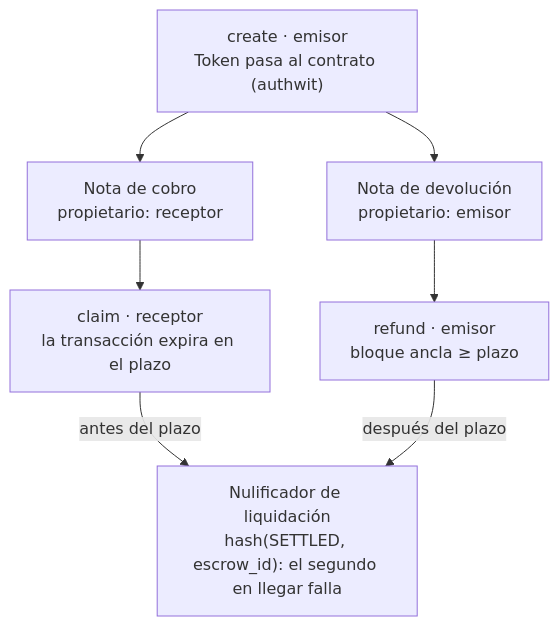
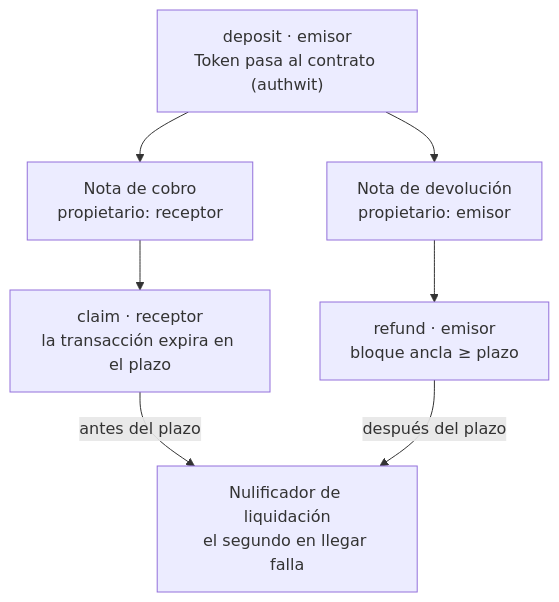
One commit to humanityledger/Humanity-Ledger changed the diagram in docs/zk/MASTER_PROMPT.md. Above: the diagram before and after it, drawn with Mermaid. The commit also changed other lines of this file, not shown here.

Commit message:
docs(zk): master prompt status after the contract review and fixes
Claude-Session: https://claude.ai/code/session_01JYVoptD4Tss7RtmZsDd84C

````diff
--- a/docs/zk/MASTER_PROMPT.md
+++ b/docs/zk/MASTER_PROMPT.md
@@ -180,9 +180,9 @@
 ```mermaid
 flowchart TD
-  C["create · emisor<br/>Token pasa al contrato (authwit)"] --> N1["Nota de cobro<br/>propietario: receptor"]
+  C["deposit · emisor<br/>Token pasa al contrato (authwit)"] --> N1["Nota de cobro<br/>propietario: receptor"]
   C --> N2["Nota de devolución<br/>propietario: emisor"]
   N1 --> CL["claim · receptor<br/>la transacción expira en el plazo"]
   N2 --> RF["refund · emisor<br/>bloque ancla ≥ plazo"]
-  CL -- antes del plazo --> S["Nulificador de liquidación<br/>hash(SETTLED, escrow_id): el segundo en llegar falla"]
+  CL -- antes del plazo --> S["Nulificador de liquidación<br/>el segundo en llegar falla"]
   RF -- después del plazo --> S
 ```
````
